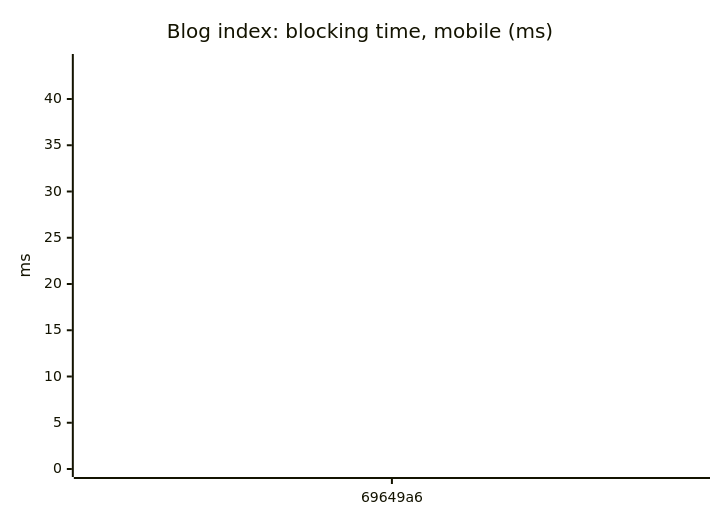
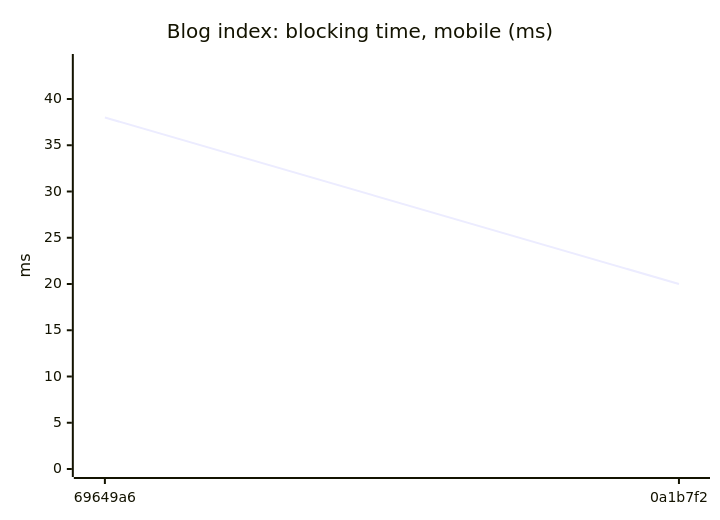
The fourth of 18 diagrams in README.md (AxelUser/maltsev.space), drawn with Mermaid before and after one commit. The commit also changed other lines of this file and 1 other file, not shown here.

````diff
--- a/README.md
+++ b/README.md
@@ -61,7 +61,7 @@
 ```mermaid
 xychart-beta
   title "Blog index: blocking time, mobile (ms)"
-  x-axis ["69649a6"]
+  x-axis ["69649a6", "0a1b7f2"]
   y-axis "ms" 0 --> 44
-  line [38]
+  line [38, 20]
 ```
````
